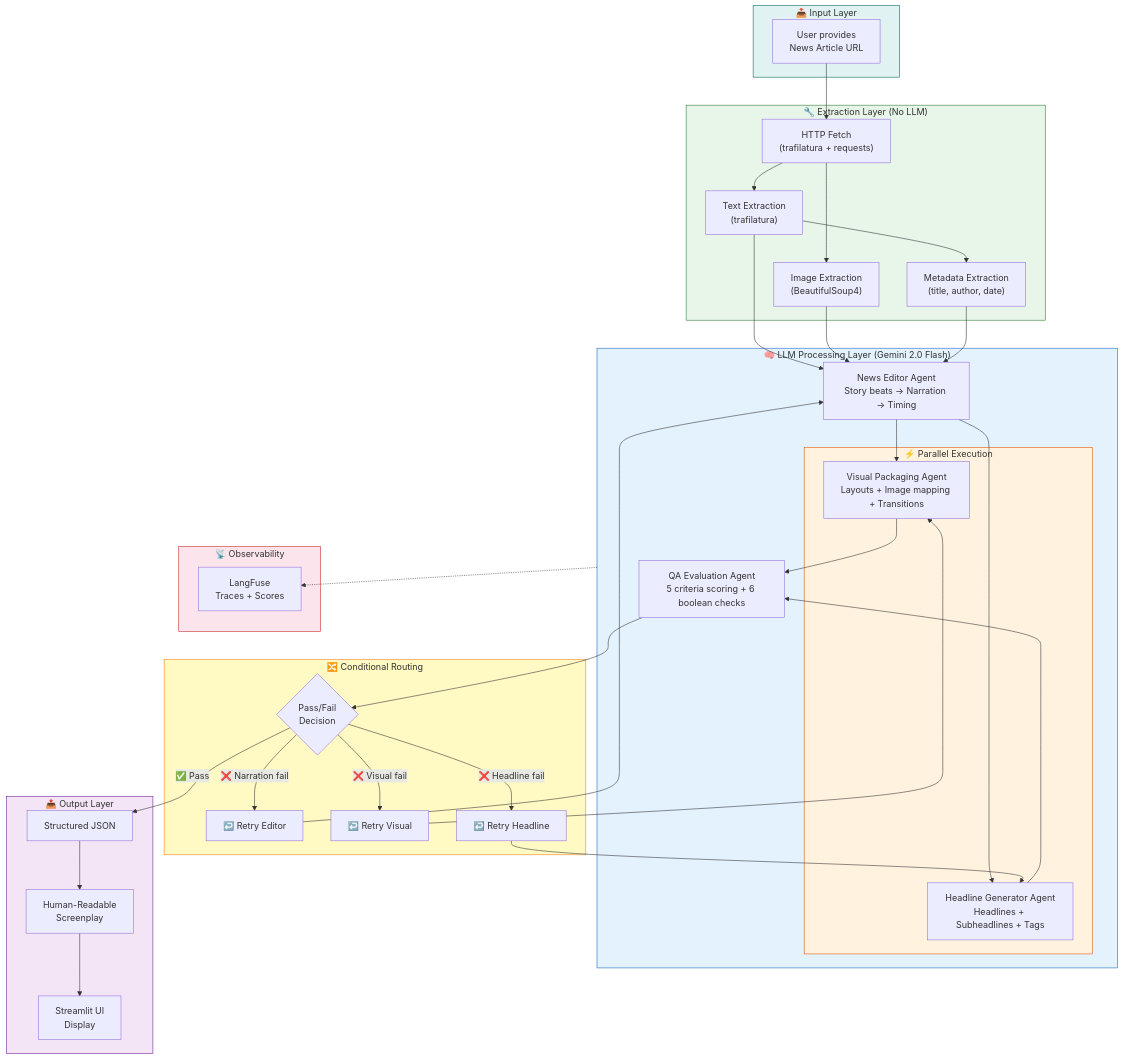
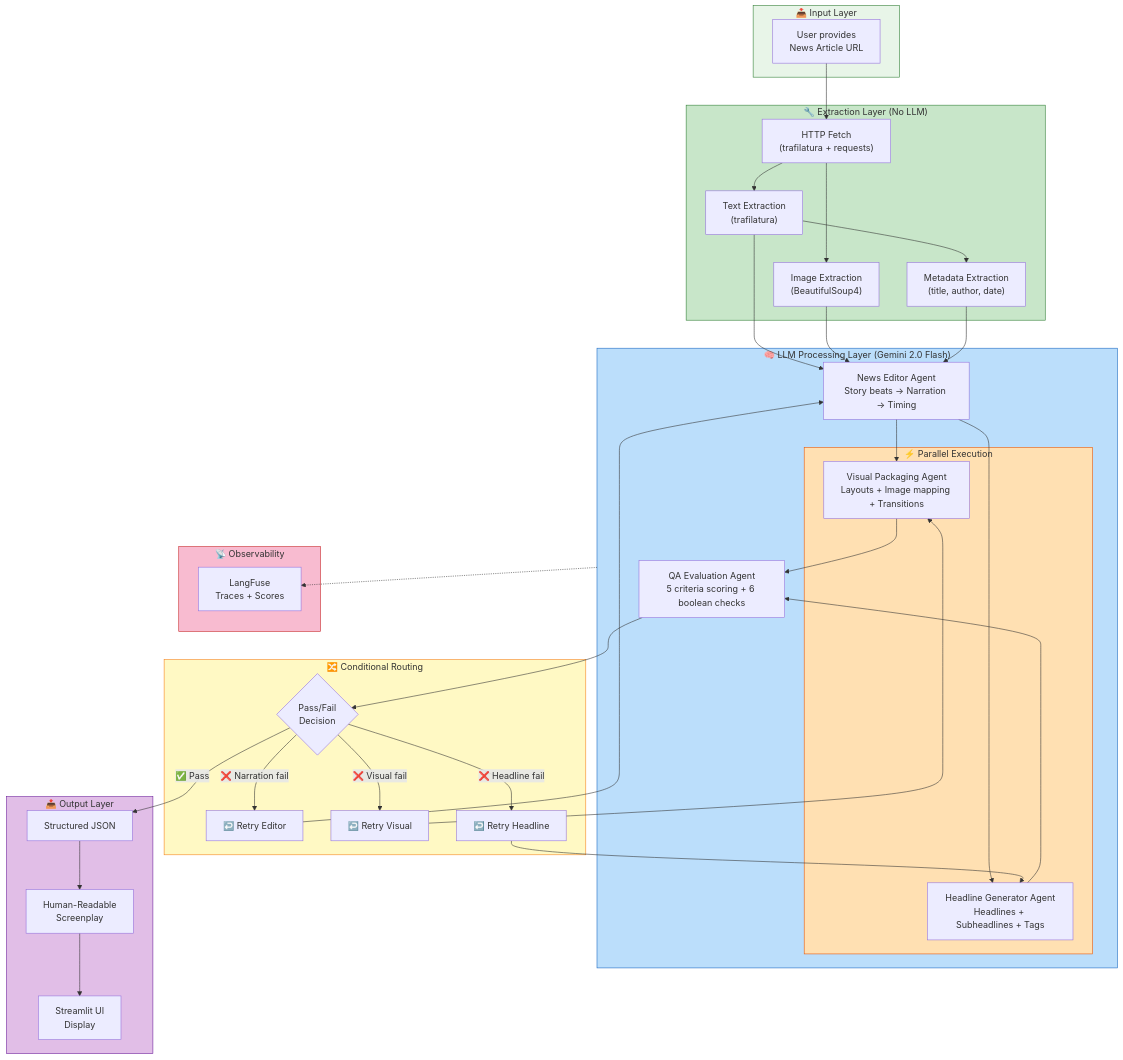
The second of 12 diagrams in README.md (rohanjain1648/LOQO-AI), drawn with Mermaid before and after one commit. The commit also changed other lines of this file, not shown here.

````diff
--- a/README.md
+++ b/README.md
@@ -104,78 +104,78 @@
 ```mermaid
 graph TD
     subgraph INPUT["📥 Input Layer"]
         URL["User provides<br/>News Article URL"]
     end
 
     subgraph EXTRACTION["🔧 Extraction Layer (No LLM)"]
         FETCH["HTTP Fetch<br/>(trafilatura + requests)"]
         PARSE["Text Extraction<br/>(trafilatura)"]
         IMGS["Image Extraction<br/>(BeautifulSoup4)"]
         META["Metadata Extraction<br/>(title, author, date)"]
     end
 
     subgraph LLM_LAYER["🧠 LLM Processing Layer (Gemini 2.0 Flash)"]
         EDITOR["News Editor Agent<br/>Story beats → Narration → Timing"]
         
         subgraph PARALLEL["⚡ Parallel Execution"]
             VISUAL["Visual Packaging Agent<br/>Layouts + Image mapping + Transitions"]
             HEADLINE["Headline Generator Agent<br/>Headlines + Subheadlines + Tags"]
         end
         
         QA["QA Evaluation Agent<br/>5 criteria scoring + 6 boolean checks"]
     end
 
     subgraph ROUTING["🔀 Conditional Routing"]
         ROUTER{"Pass/Fail<br/>Decision"}
         RETRY_E["↩️ Retry Editor"]
         RETRY_V["↩️ Retry Visual"]
         RETRY_H["↩️ Retry Headline"]
     end
 
     subgraph OUTPUT["📤 Output Layer"]
         JSON["Structured JSON"]
         SCREEN["Human-Readable<br/>Screenplay"]
         STREAM["Streamlit UI<br/>Display"]
     end
 
     subgraph OBSERVE["📡 Observability"]
         LANGFUSE["LangFuse<br/>Traces + Scores"]
     end
 
     URL --> FETCH
     FETCH --> PARSE
     FETCH --> IMGS
     PARSE --> META
     
     PARSE --> EDITOR
     IMGS --> EDITOR
     META --> EDITOR
     
     EDITOR --> VISUAL
     EDITOR --> HEADLINE
     
     VISUAL --> QA
     HEADLINE --> QA
     
     QA --> ROUTER
     ROUTER -->|"✅ Pass"| JSON
     ROUTER -->|"❌ Narration fail"| RETRY_E
     ROUTER -->|"❌ Visual fail"| RETRY_V
     ROUTER -->|"❌ Headline fail"| RETRY_H
     RETRY_E --> EDITOR
     RETRY_V --> VISUAL
     RETRY_H --> HEADLINE
     
     JSON --> SCREEN
     SCREEN --> STREAM
 
     LLM_LAYER -.-> LANGFUSE
     
-    style INPUT fill:#e0f2f1,stroke:#00695c
-    style EXTRACTION fill:#e8f5e9,stroke:#2e7d32
-    style LLM_LAYER fill:#e3f2fd,stroke:#1565c0
-    style PARALLEL fill:#fff3e0,stroke:#e65100
+    style INPUT fill:#e8f5e8,stroke:#2e7d32
+    style EXTRACTION fill:#c8e6c9,stroke:#2e7d32
+    style LLM_LAYER fill:#bbdefb,stroke:#1565c0
+    style PARALLEL fill:#ffe0b2,stroke:#e65100
     style ROUTING fill:#fff9c4,stroke:#f57f17
-    style OUTPUT fill:#f3e5f5,stroke:#6a1b9a
-    style OBSERVE fill:#fce4ec,stroke:#c62828
+    style OUTPUT fill:#e1bee7,stroke:#6a1b9a
+    style OBSERVE fill:#f8bbd0,stroke:#c62828
 ```
````
